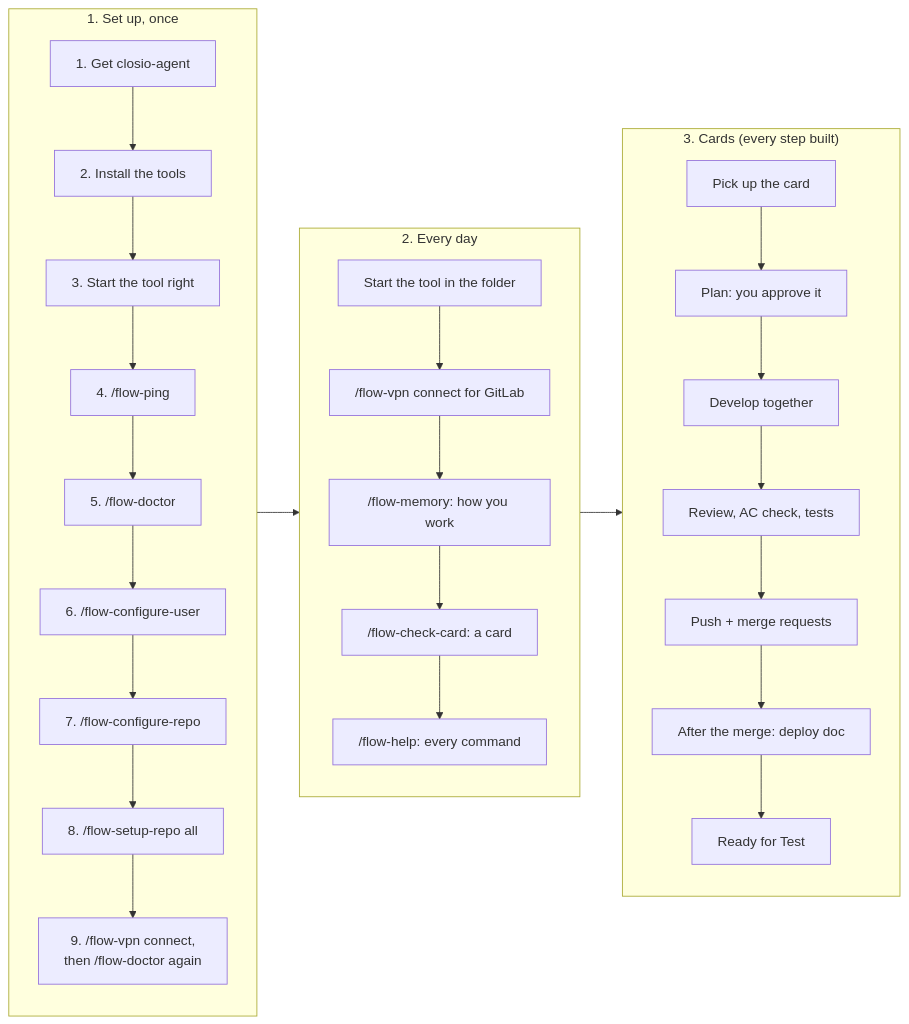
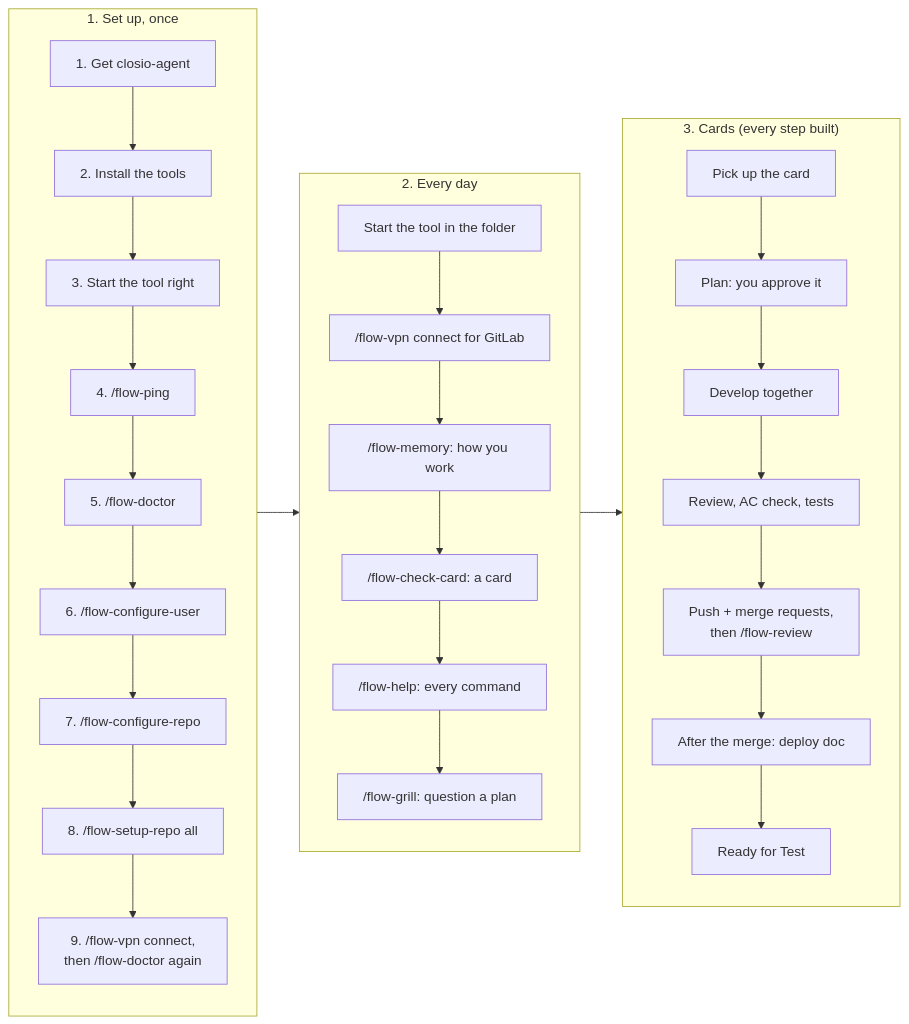
Before and after one commit to manas-shurutech-04/closio_agent: the third of 6 diagrams in docs/user-guide.md, drawn with Mermaid. The commit also changed other lines of this file and 8 other files, not shown here.

Commit message:
Docs: flow-grill, flow-review, decisions.md, the grilling way, the deployment doc in plain words, the sync fixes (D75-D78)

````diff
--- a/docs/user-guide.md
+++ b/docs/user-guide.md
@@ -68,16 +68,16 @@
 ```mermaid
 flowchart LR
     subgraph S["1. Set up, once"]
         direction TB
         s1["1. Get closio-agent"] --> s2["2. Install the tools"] --> s3["3. Start the tool right"] --> s4["4. /flow-ping"] --> s5["5. /flow-doctor"] --> s6["6. /flow-configure-user"] --> s7["7. /flow-configure-repo"] --> s8["8. /flow-setup-repo all"] --> s9["9. /flow-vpn connect,<br/>then /flow-doctor again"]
     end
     subgraph D["2. Every day"]
         direction TB
-        d1["Start the tool in the folder"] --> d2["/flow-vpn connect for GitLab"] --> d3["/flow-memory: how you work"] --> d4["/flow-check-card: a card"] --> d5["/flow-help: every command"]
+        d1["Start the tool in the folder"] --> d2["/flow-vpn connect for GitLab"] --> d3["/flow-memory: how you work"] --> d4["/flow-check-card: a card"] --> d5["/flow-help: every command"] --> d6["/flow-grill: question a plan"]
     end
     subgraph K["3. Cards (every step built)"]
         direction TB
-        k1["Pick up the card"] --> k2["Plan: you approve it"] --> k3["Develop together"] --> k4["Review, AC check, tests"] --> k5["Push + merge requests"] --> k6["After the merge: deploy doc"] --> k7["Ready for Test"]
+        k1["Pick up the card"] --> k2["Plan: you approve it"] --> k3["Develop together"] --> k4["Review, AC check, tests"] --> k5["Push + merge requests,<br/>then /flow-review"] --> k6["After the merge: deploy doc"] --> k7["Ready for Test"]
     end
     S --> D --> K
 ```
````
